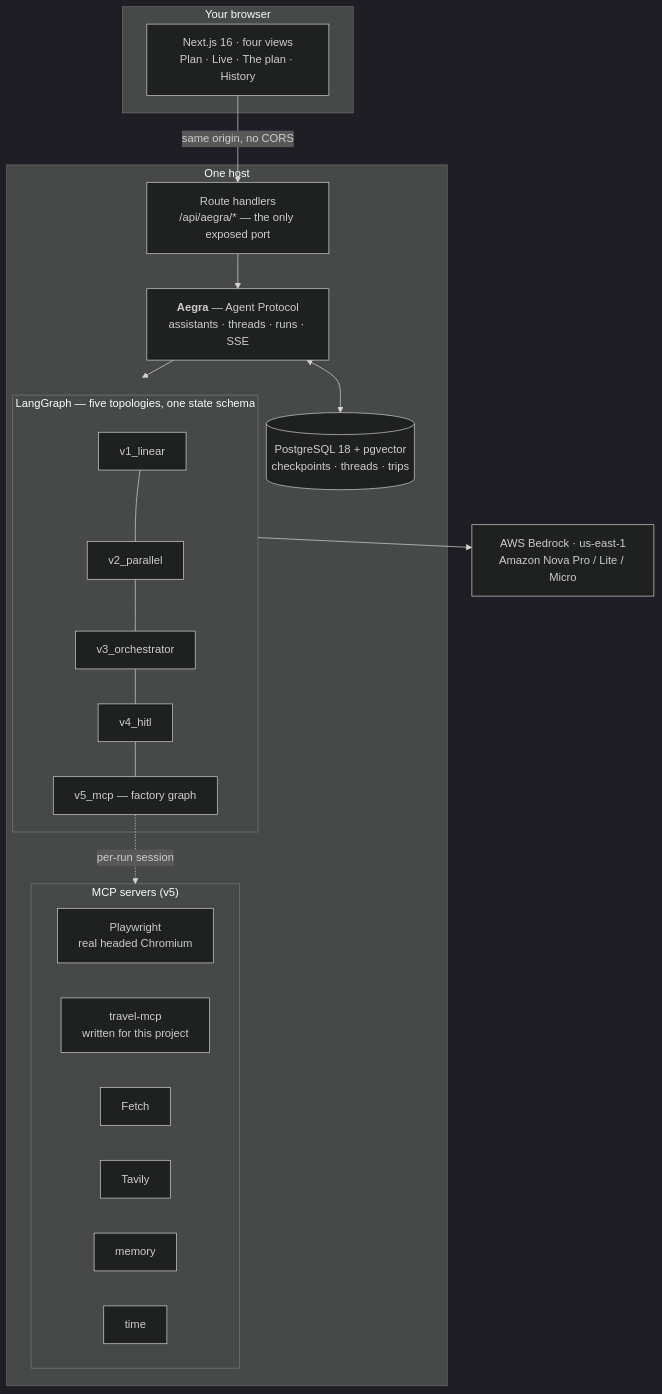
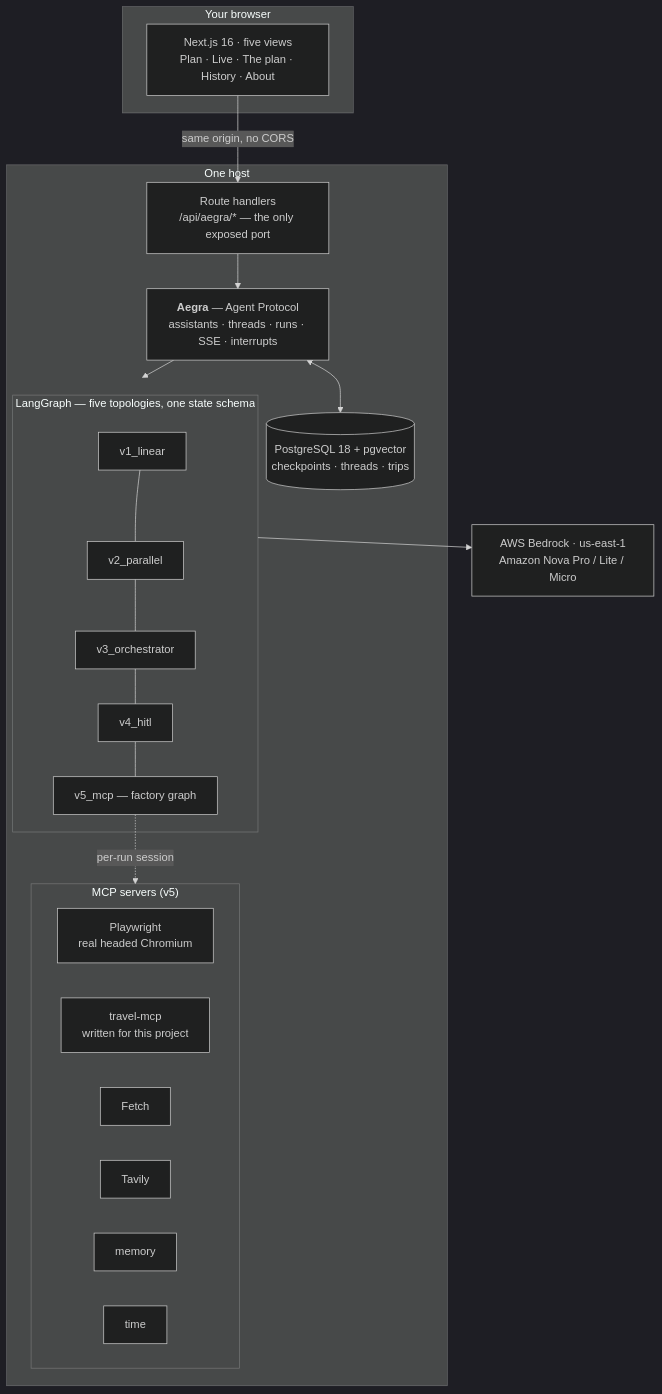
Before and after one commit to adarshcod30/Travel-Planner-Agent: the first of 3 diagrams in README.md, drawn with Mermaid (dark theme). The commit also changed other lines of this file and 1 other file, not shown here.

````diff
--- a/README.md
+++ b/README.md
@@ -167,30 +203,30 @@
 ```mermaid
 flowchart TB
     subgraph browser["Your browser"]
-        UI["Next.js 16 · four views<br/>Plan · Live · The plan · History"]
+        UI["Next.js 16 · five views<br/>Plan · Live · The plan · History · About"]
     end
 
     subgraph host["One host"]
         RH["Route handlers<br/>/api/aegra/* — the only exposed port"]
-        AEGRA["<b>Aegra</b> — Agent Protocol<br/>assistants · threads · runs · SSE"]
+        AEGRA["<b>Aegra</b> — Agent Protocol<br/>assistants · threads · runs · SSE · interrupts"]
         PG[("PostgreSQL 18 + pgvector<br/>checkpoints · threads · trips")]
 
         subgraph GRAPHS["LangGraph — five topologies, one state schema"]
             V1["v1_linear"] --- V2["v2_parallel"] --- V3["v3_orchestrator"]
             V3 --- V4["v4_hitl"] --- V5["v5_mcp — factory graph"]
         end
 
         subgraph MCP["MCP servers (v5)"]
             PW["Playwright<br/>real headed Chromium"]
             TM["travel-mcp<br/>written for this project"]
             FT["Fetch"] & TV["Tavily"] & MEM["memory"] & TIME["time"]
         end
     end
 
     BR["AWS Bedrock · us-east-1<br/>Amazon Nova Pro / Lite / Micro"]
 
     UI -->|"same origin, no CORS"| RH --> AEGRA
     AEGRA <--> PG
     AEGRA --> GRAPHS --> BR
     V5 -.->|per-run session| MCP
 ```
````
